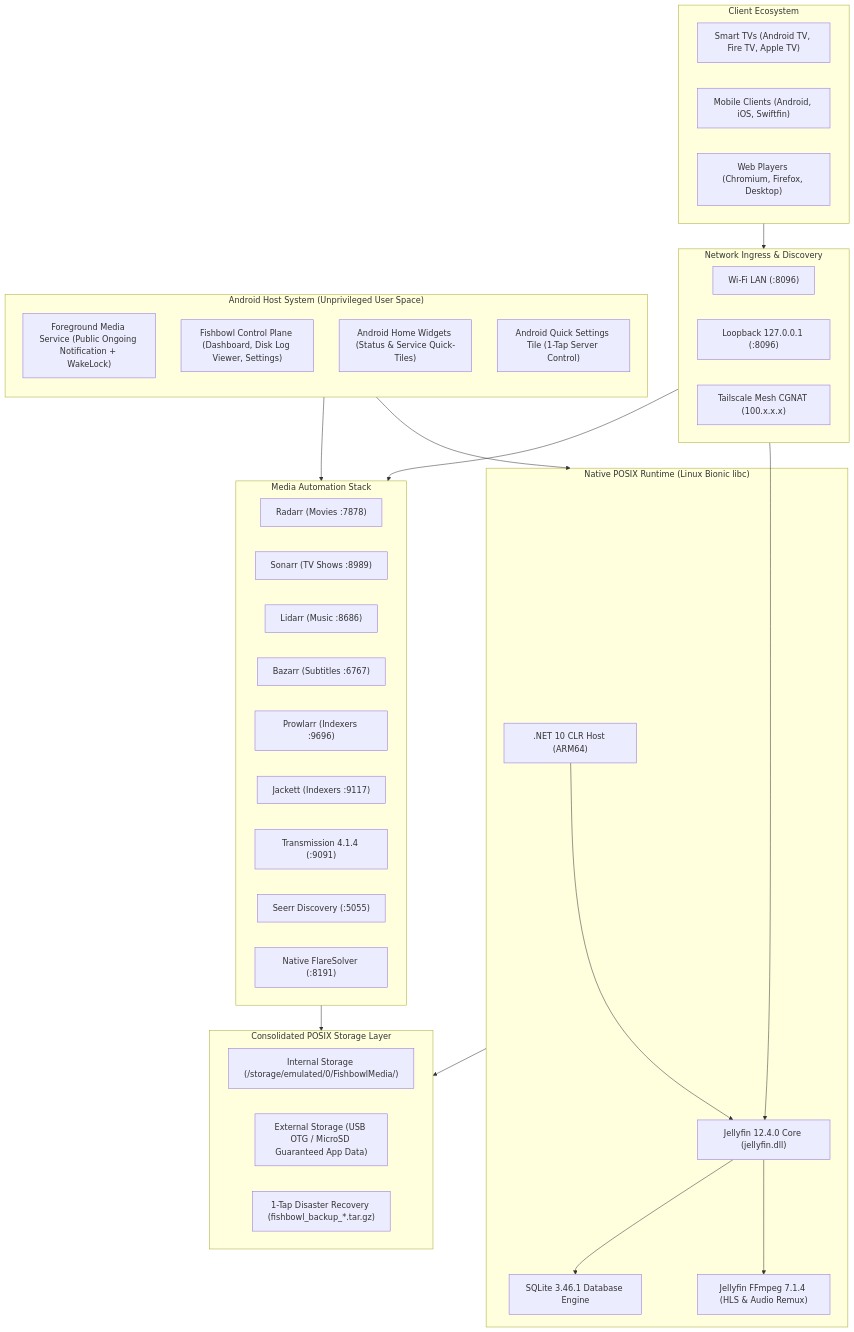
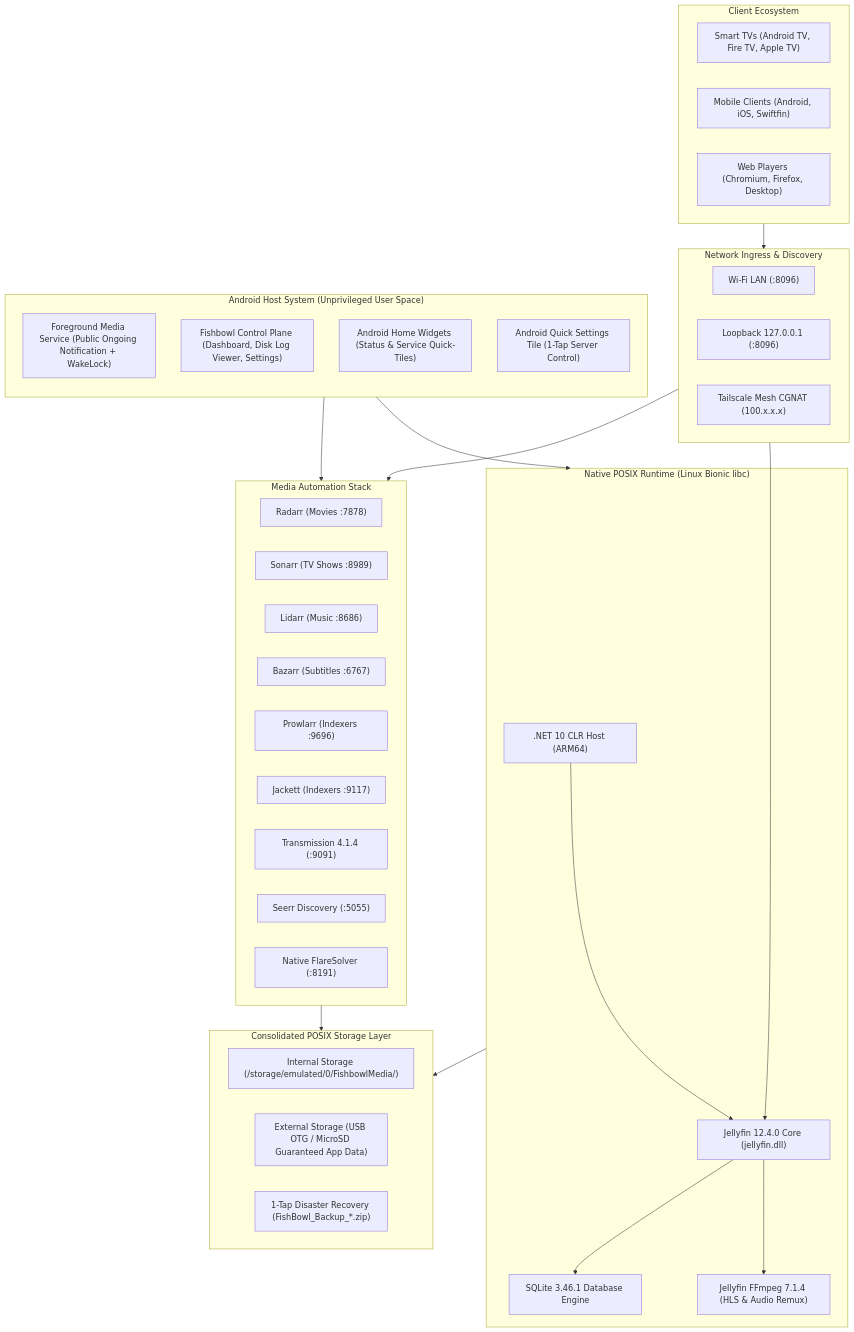
The diagram in README.md (Suz41/Fishbowl), drawn with Mermaid before and after one commit. The commit also changed other lines of this file and 12 other files, not shown here.

````diff
--- a/README.md
+++ b/README.md
@@ -197,59 +198,59 @@
 ```mermaid
 flowchart TD
     subgraph Clients["Client Ecosystem"]
         TV["Smart TVs (Android TV, Fire TV, Apple TV)"]
         Mobile["Mobile Clients (Android, iOS, Swiftfin)"]
         Browser["Web Players (Chromium, Firefox, Desktop)"]
     end
 
     subgraph Network["Network Ingress & Discovery"]
         LAN["Wi-Fi LAN (:8096)"]
         Localhost["Loopback 127.0.0.1 (:8096)"]
         Tailscale["Tailscale Mesh CGNAT (100.x.x.x)"]
     end
 
     subgraph AndroidHost["Android Host System (Unprivileged User Space)"]
         direction TB
         FGS["Foreground Media Service (Public Ongoing Notification + WakeLock)"]
         UI["Fishbowl Control Plane (Dashboard, Disk Log Viewer, Settings)"]
         Widgets["Android Home Widgets (Status & Service Quick-Tiles)"]
         Tile["Android Quick Settings Tile (1-Tap Server Control)"]
     end
 
     subgraph Engine["Native POSIX Runtime (Linux Bionic libc)"]
         DOTNET[".NET 10 CLR Host (ARM64)"]
         JFN["Jellyfin 12.4.0 Core (jellyfin.dll)"]
         FFMPEG["Jellyfin FFmpeg 7.1.4 (HLS & Audio Remux)"]
         SQLITE["SQLite 3.46.1 Database Engine"]
         
         DOTNET --> JFN
         JFN --> FFMPEG
         JFN --> SQLITE
     end
 
     subgraph Automation["Media Automation Stack"]
         RADARR["Radarr (Movies :7878)"]
         SONARR["Sonarr (TV Shows :8989)"]
         LIDARR["Lidarr (Music :8686)"]
         BAZARR["Bazarr (Subtitles :6767)"]
         PROWLARR["Prowlarr (Indexers :9696)"]
         JACKETT["Jackett (Indexers :9117)"]
         TRANS["Transmission 4.1.4 (:9091)"]
         SEERR["Seerr Discovery (:5055)"]
         SOLVER["Native FlareSolver (:8191)"]
     end
 
     subgraph Storage["Consolidated POSIX Storage Layer"]
         INT["Internal Storage (/storage/emulated/0/FishbowlMedia/)"]
         EXT["External Storage (USB OTG / MicroSD Guaranteed App Data)"]
-        BACKUP["1-Tap Disaster Recovery (fishbowl_backup_*.tar.gz)"]
+        BACKUP["1-Tap Disaster Recovery (FishBowl_Backup_*.zip)"]
     end
 
     Clients --> Network
     Network --> JFN
     Network --> Automation
     AndroidHost --> Engine
     AndroidHost --> Automation
     Engine --> Storage
     Automation --> Storage
 ```
````
